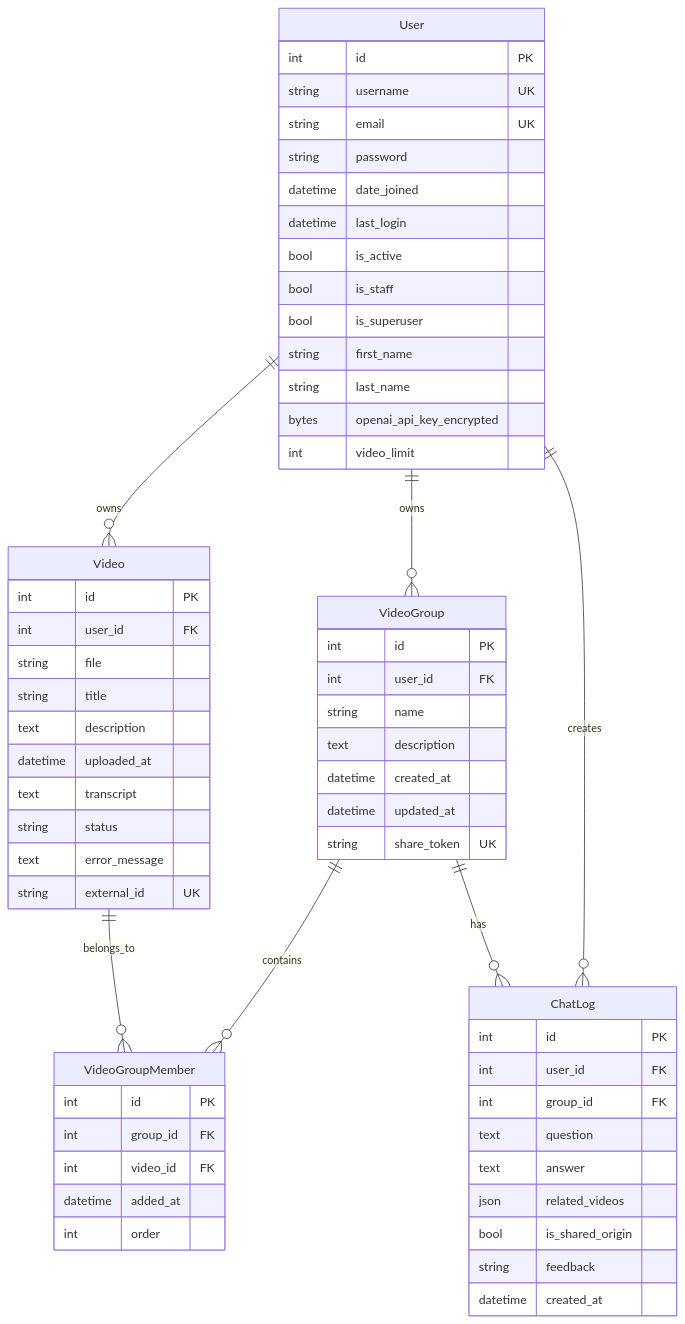
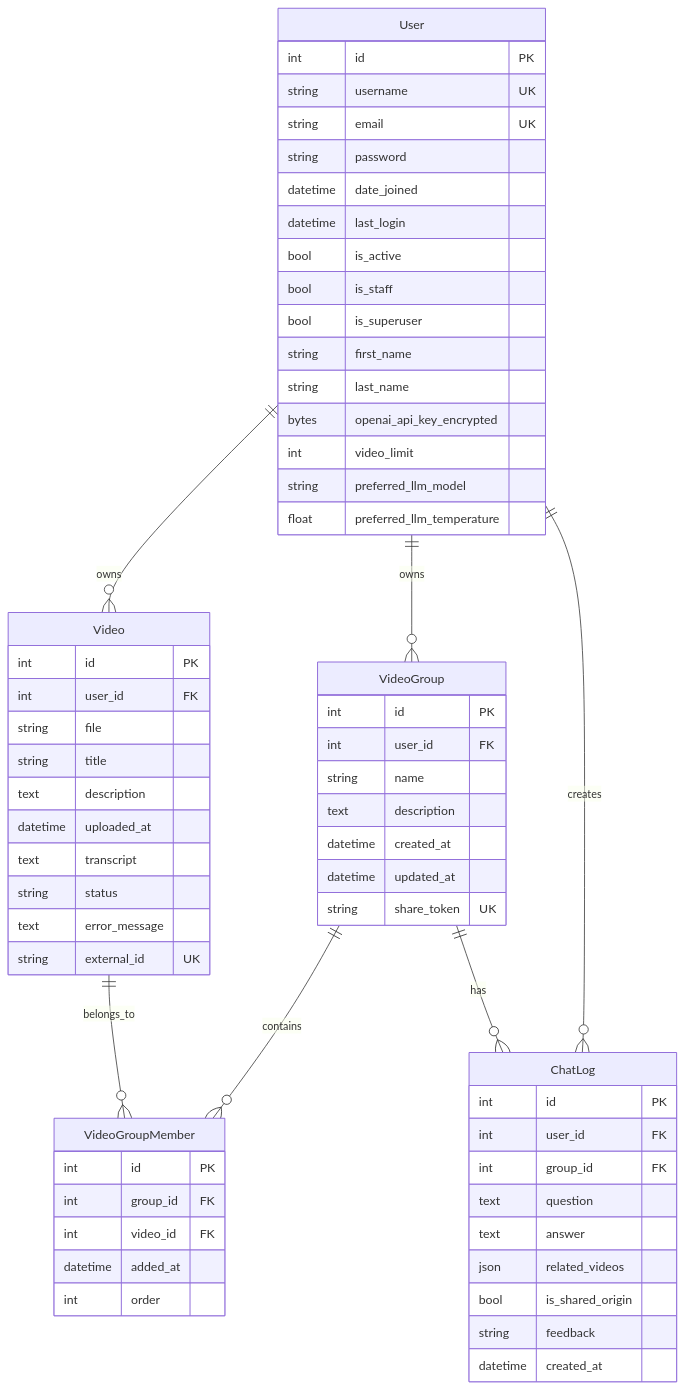
Before and after one commit to yukiharada1228/videoq: the diagram in docs/database/er-diagram.md, drawn with Mermaid. The commit also changed other lines of this file and 6 other files, not shown here.

````diff
--- a/docs/database/er-diagram.md
+++ b/docs/database/er-diagram.md
@@ -9,68 +9,70 @@
 ```mermaid
 erDiagram
     User ||--o{ Video : owns
     User ||--o{ VideoGroup : owns
     User ||--o{ ChatLog : creates
     VideoGroup ||--o{ VideoGroupMember : contains
     Video ||--o{ VideoGroupMember : belongs_to
     VideoGroup ||--o{ ChatLog : has
     
     User {
         int id PK
         string username UK
         string email UK
         string password
         datetime date_joined
         datetime last_login
         bool is_active
         bool is_staff
         bool is_superuser
         string first_name
         string last_name
         bytes openai_api_key_encrypted
         int video_limit
+        string preferred_llm_model
+        float preferred_llm_temperature
     }
     
     Video {
         int id PK
         int user_id FK
         string file
         string title
         text description
         datetime uploaded_at
         text transcript
         string status
         text error_message
         string external_id UK
     }
     
     VideoGroup {
         int id PK
         int user_id FK
         string name
         text description
         datetime created_at
         datetime updated_at
         string share_token UK
     }
     
     VideoGroupMember {
         int id PK
         int group_id FK
         int video_id FK
         datetime added_at
         int order
     }
     
     ChatLog {
         int id PK
         int user_id FK
         int group_id FK
         text question
         text answer
         json related_videos
         bool is_shared_origin
         string feedback
         datetime created_at
     }
 ```
````
